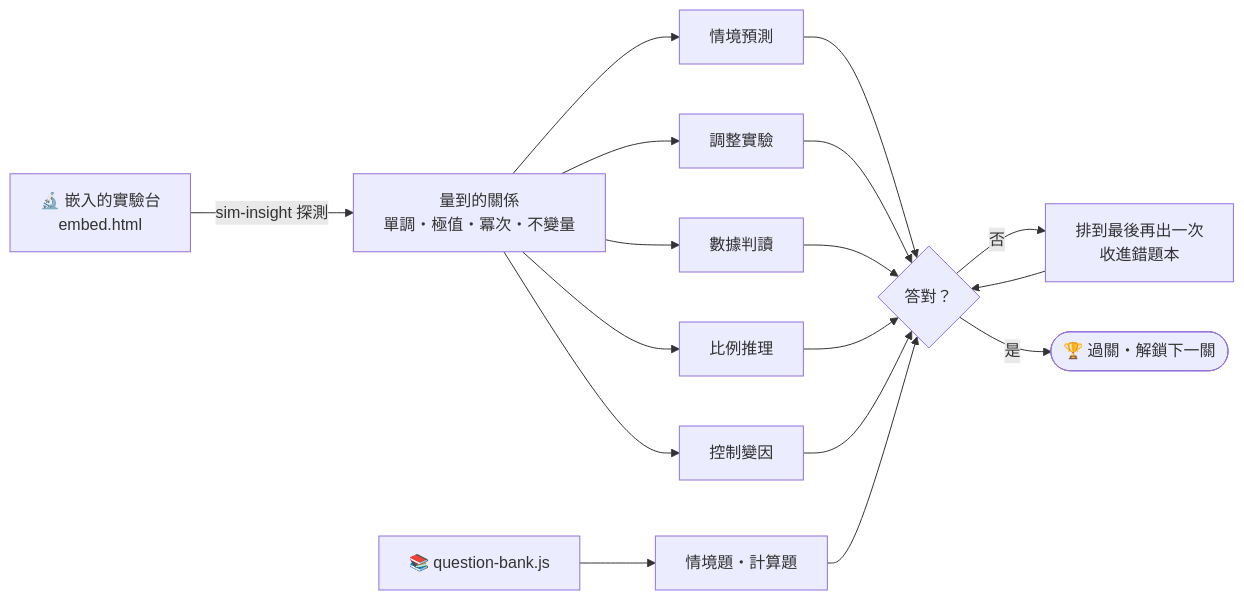
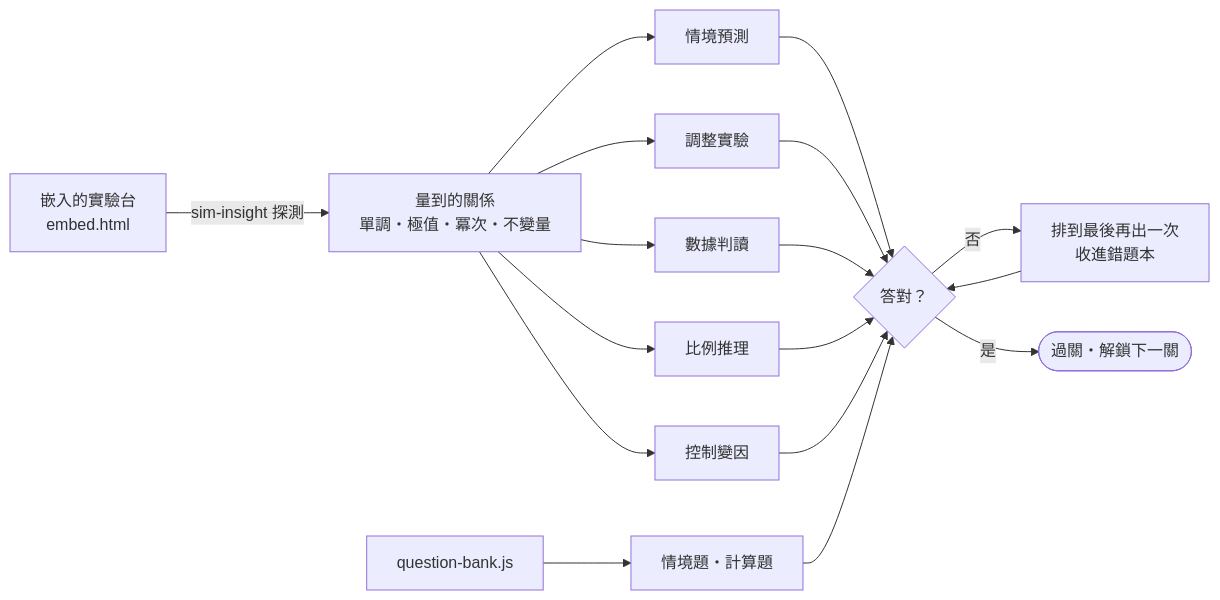
Before and after one commit to Yu-0312/senior-science: the fourth of 9 diagrams in README.md, drawn with Mermaid. The commit also changed other lines of this file and 34 other files, not shown here.

````diff
--- a/README.md
+++ b/README.md
@@ -150,13 +150,13 @@
 ```mermaid
 flowchart LR
-    L["🔬 嵌入的實驗台<br/>embed.html"] -->|"sim-insight 探測"| R["量到的關係<br/>單調・極值・冪次・不變量"]
+    L["嵌入的實驗台<br/>embed.html"] -->|"sim-insight 探測"| R["量到的關係<br/>單調・極值・冪次・不變量"]
     R --> Q1["情境預測"]
     R --> Q2["調整實驗"]
     R --> Q3["數據判讀"]
     R --> Q4["比例推理"]
     R --> Q5["控制變因"]
-    B["📚 question-bank.js"] --> Q6["情境題・計算題"]
+    B["question-bank.js"] --> Q6["情境題・計算題"]
     Q1 & Q2 & Q3 & Q4 & Q5 & Q6 --> K{"答對？"}
     K -- 否 --> W["排到最後再出一次<br/>收進錯題本"] --> K
-    K -- 是 --> P(["🏆 過關・解鎖下一關"])
+    K -- 是 --> P(["過關・解鎖下一關"])
 ```
````
